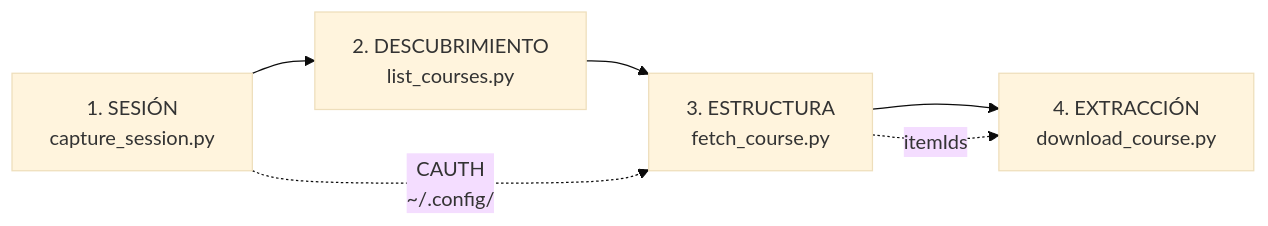
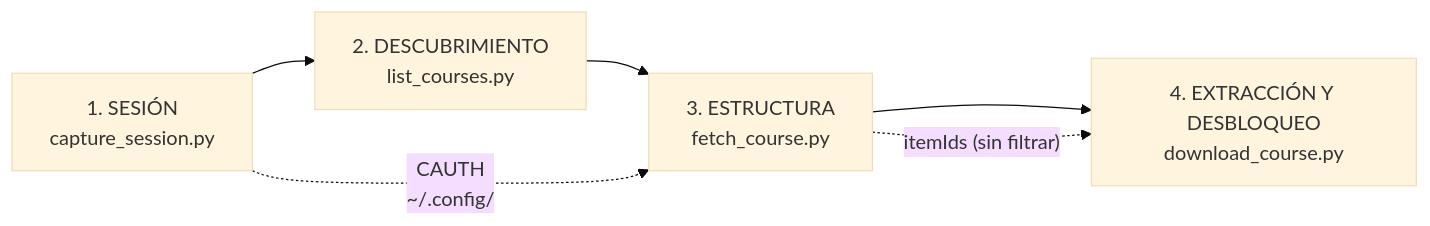
Before and after one commit to StephCastrof001/coursera_reverse: the diagram in ARCHITECTURE.md, drawn with Mermaid (base theme). The commit also changed other lines of this file and 2 other files, not shown here.

````diff
--- a/ARCHITECTURE.md
+++ b/ARCHITECTURE.md
@@ -39,9 +39,9 @@
 ```mermaid
 flowchart LR
     A["1. SESIÓN<br/>capture_session.py"] --> B["2. DESCUBRIMIENTO<br/>list_courses.py"]
     B --> C["3. ESTRUCTURA<br/>fetch_course.py"]
-    C --> D["4. EXTRACCIÓN<br/>download_course.py"]
+    C --> D["4. EXTRACCIÓN Y DESBLOQUEO<br/>download_course.py"]
 
     A -.->|"CAUTH<br/>~/.config/"| C
-    C -.->|"itemIds"| D
+    C -.->|"itemIds (sin filtrar)"| D
 ```
````
